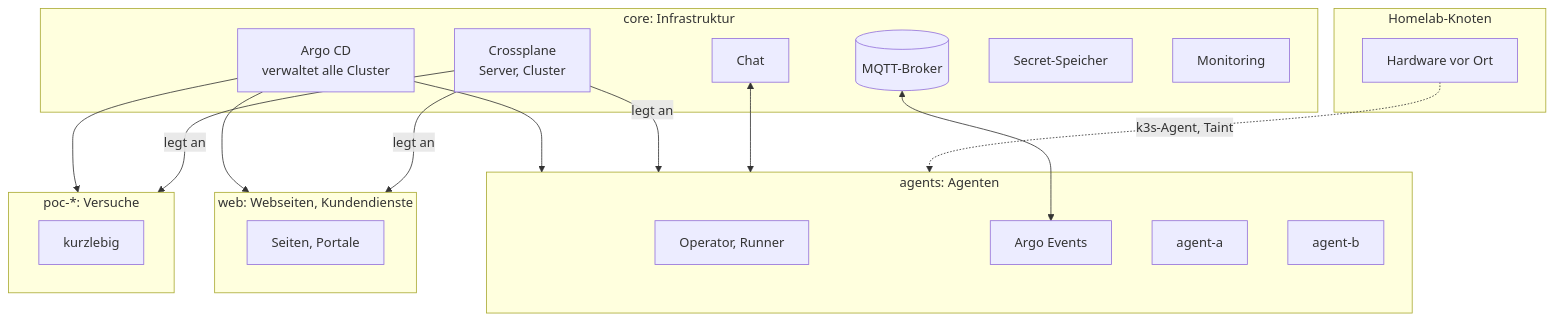
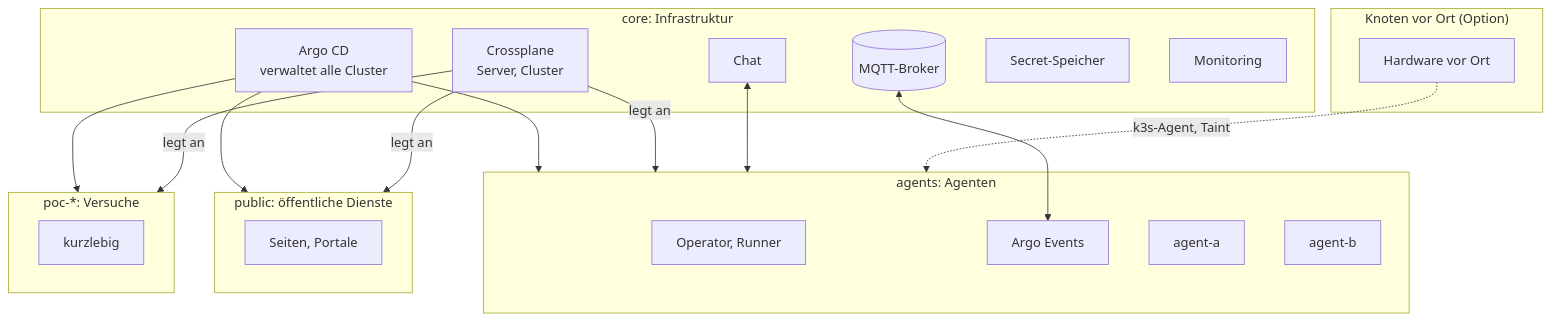
The diagram in docs/13-cluster-topologie.md (slauger/ai-agent-operations), drawn with Mermaid before and after one commit. The commit also changed other lines of this file and 26 other files, not shown here.

````diff
--- a/docs/13-cluster-topologie.md
+++ b/docs/13-cluster-topologie.md
@@ -7,31 +7,31 @@
 ```mermaid
 flowchart TB
     subgraph CORE["core: Infrastruktur"]
         ACD[Argo CD<br>verwaltet alle Cluster]
         XP[Crossplane<br>Server, Cluster]
         MM[Chat]
         MQ[(MQTT-Broker)]
         SEC[Secret-Speicher]
         MON[Monitoring]
     end
     subgraph AG["agents: Agenten"]
         OP[Operator, Runner]
         AE[Argo Events]
         NS1[agent-a]
         NS2[agent-b]
     end
-    subgraph WEB["web: Webseiten, Kundendienste"]
+    subgraph WEB["public: öffentliche Dienste"]
         W1[Seiten, Portale]
     end
     subgraph POC["poc-*: Versuche"]
         P1[kurzlebig]
     end
-    subgraph HOME["Homelab-Knoten"]
+    subgraph HOME["Knoten vor Ort (Option)"]
         H1[Hardware vor Ort]
     end
     ACD --> AG & WEB & POC
     XP -->|legt an| AG & WEB & POC
     MQ <--> AE
     MM <--> AG
     H1 -. "k3s-Agent, Taint" .-> AG
 ```
````
